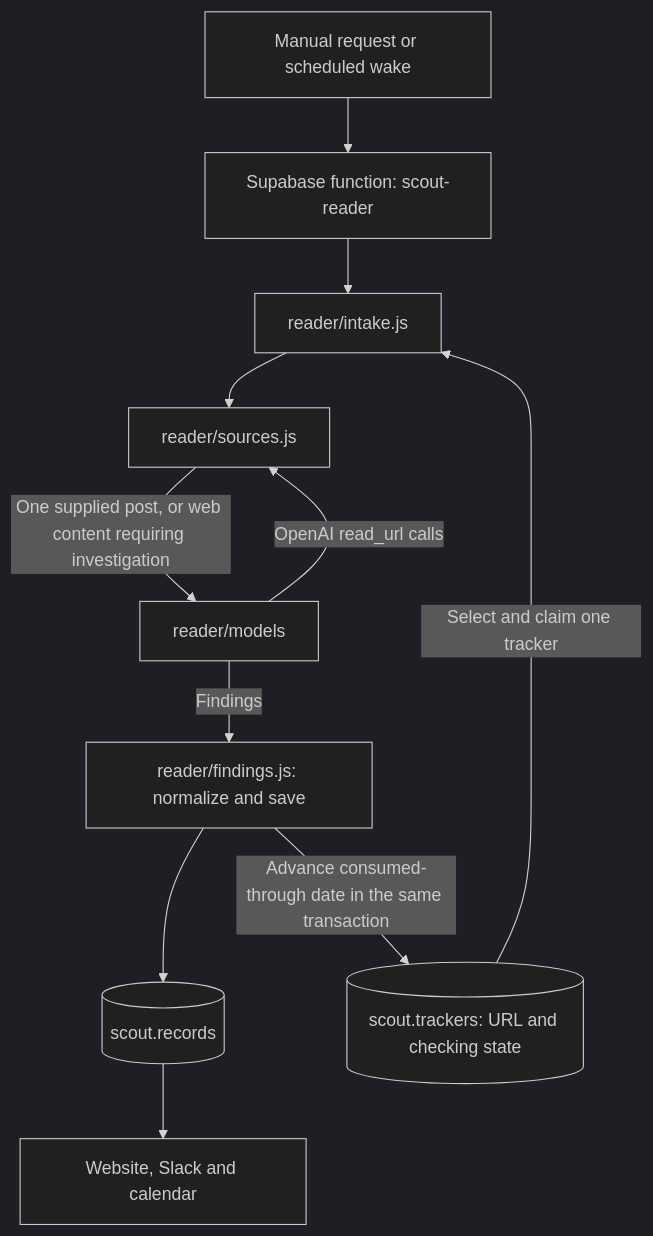
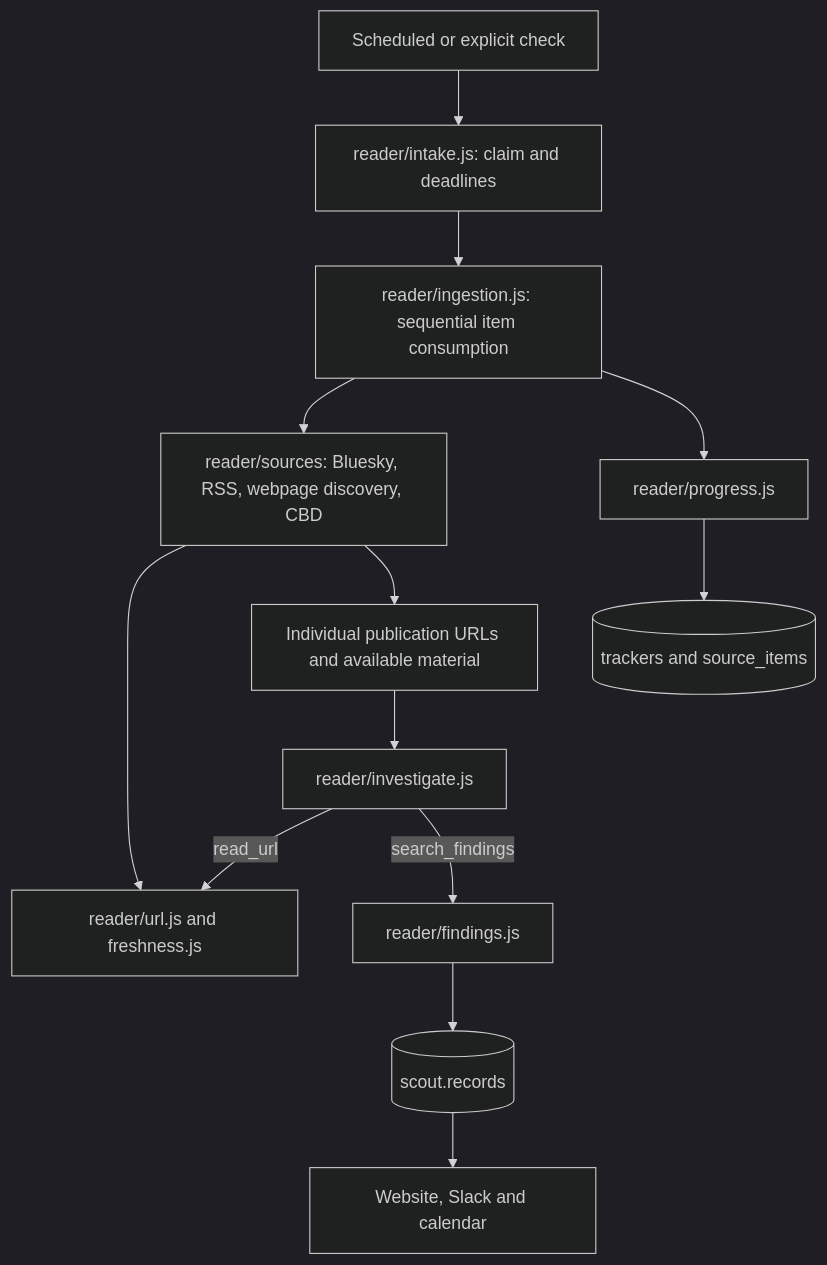
The diagram in docs/architecture.md (oceanagentics/scout), drawn with Mermaid (dark theme) before and after one commit. The commit also changed other lines of this file and 38 other files, not shown here.

Commit message:
Ingest individual source items with evidenced finding URLs

````diff
--- a/docs/architecture.md
+++ b/docs/architecture.md
@@ -7,13 +7,15 @@
 ```mermaid
 flowchart TD
-  start[Manual request or scheduled wake] --> endpoint[Supabase function: scout-reader]
-  endpoint --> intake[reader/intake.js]
-  trackers[(scout.trackers: URL and checking state)] -->|Select and claim one tracker| intake
-  intake --> source[reader/sources.js]
-  source -->|One supplied post, or web content requiring investigation| model[reader/models]
-  model -->|OpenAI read_url calls| source
-  model -->|Findings| save[reader/findings.js: normalize and save]
-  save --> records[(scout.records)]
-  save -->|Advance consumed-through date in the same transaction| trackers
-  records --> output[Website, Slack and calendar]
+  request[Scheduled or explicit check] --> intake[reader/intake.js: claim and deadlines]
+  intake --> ingestion[reader/ingestion.js: sequential item consumption]
+  ingestion --> adapters[reader/sources: Bluesky, RSS, webpage discovery, CBD]
+  adapters --> http[reader/url.js and freshness.js]
+  adapters --> items[Individual publication URLs and available material]
+  items --> investigate[reader/investigate.js]
+  investigate -->|read_url| http
+  investigate -->|search_findings| findings[reader/findings.js]
+  findings --> records[(scout.records)]
+  ingestion --> progress[reader/progress.js]
+  progress --> state[(trackers and source_items)]
+  records --> outputs[Website, Slack and calendar]
 ```
````
